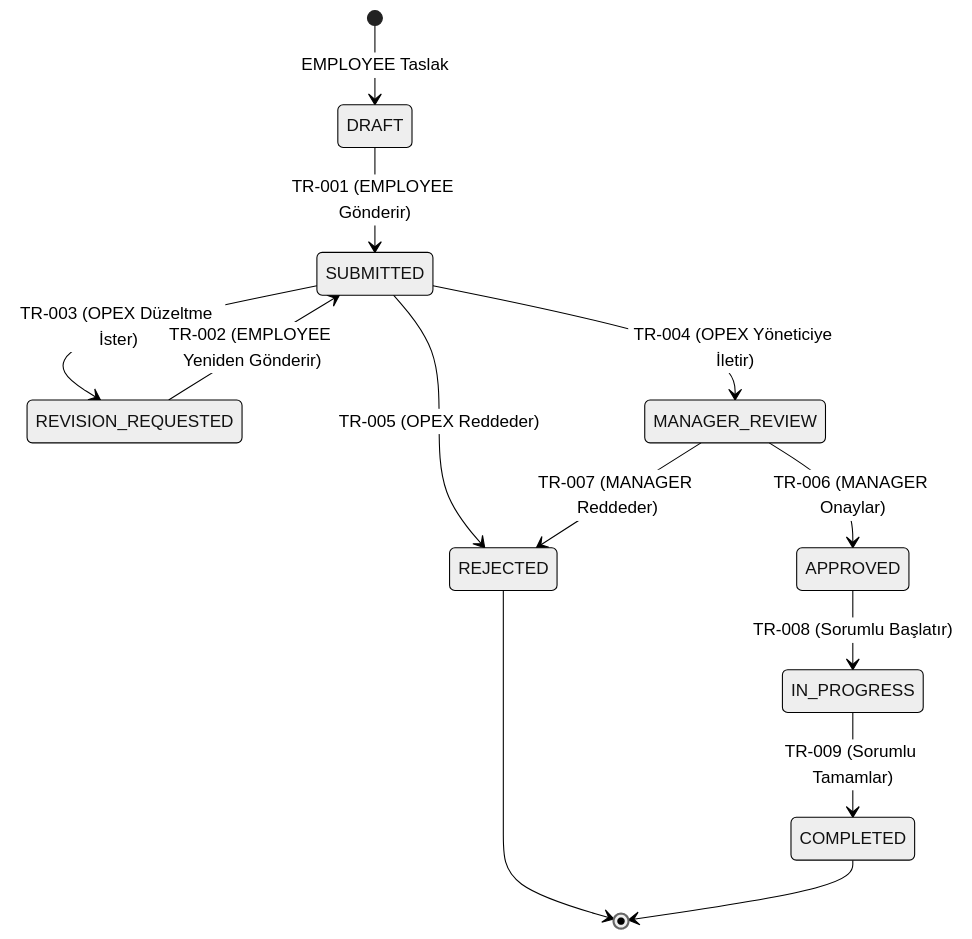
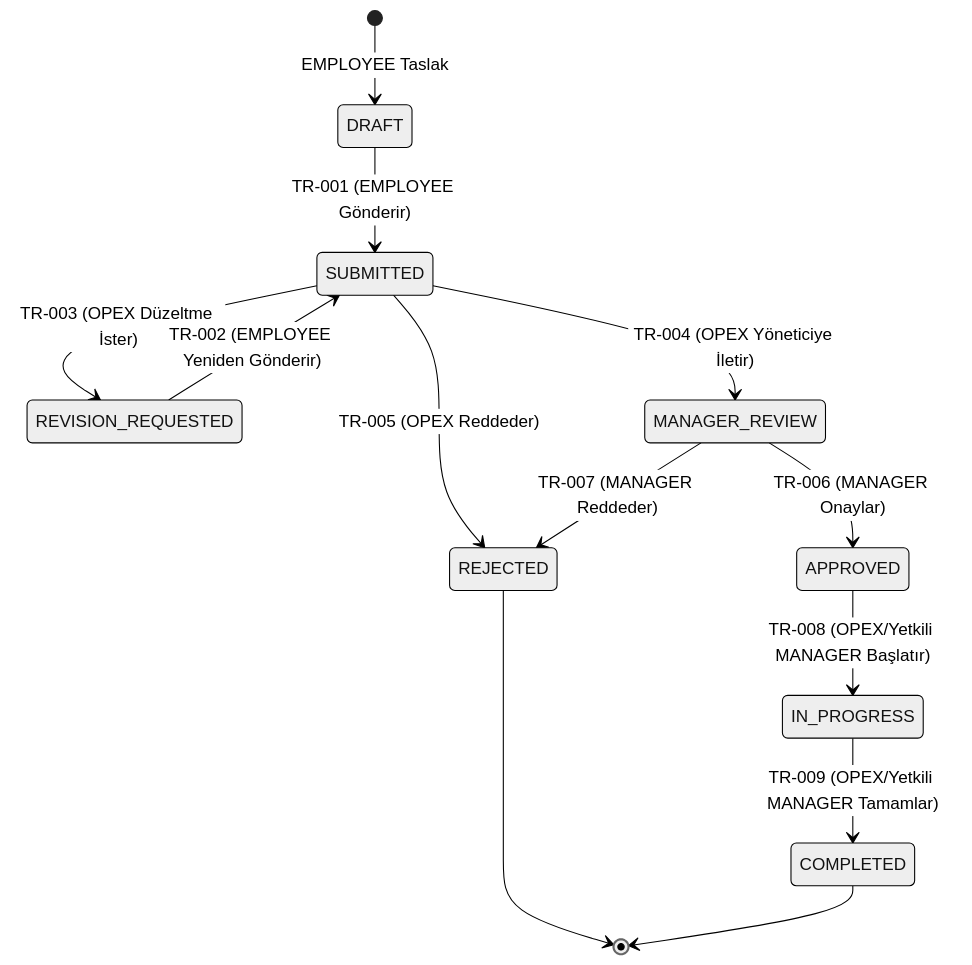
One commit to mustafaemre027/kaizenflow changed the diagram in docs/kaizen-workflow.md. Above: the diagram before and after it, drawn with Mermaid (neutral theme). The commit also changed other lines of this file and 2 other files, not shown here.

````diff
--- a/docs/kaizen-workflow.md
+++ b/docs/kaizen-workflow.md
@@ -46,15 +46,15 @@
 ```mermaid
 stateDiagram-v2
     [*] --> DRAFT : EMPLOYEE Taslak
     DRAFT --> SUBMITTED : TR-001 (EMPLOYEE Gönderir)
     SUBMITTED --> REVISION_REQUESTED : TR-003 (OPEX Düzeltme İster)
     REVISION_REQUESTED --> SUBMITTED : TR-002 (EMPLOYEE Yeniden Gönderir)
     SUBMITTED --> MANAGER_REVIEW : TR-004 (OPEX Yöneticiye İletir)
     SUBMITTED --> REJECTED : TR-005 (OPEX Reddeder)
     MANAGER_REVIEW --> APPROVED : TR-006 (MANAGER Onaylar)
     MANAGER_REVIEW --> REJECTED : TR-007 (MANAGER Reddeder)
-    APPROVED --> IN_PROGRESS : TR-008 (Sorumlu Başlatır)
-    IN_PROGRESS --> COMPLETED : TR-009 (Sorumlu Tamamlar)
+    APPROVED --> IN_PROGRESS : TR-008 (OPEX/Yetkili MANAGER Başlatır)
+    IN_PROGRESS --> COMPLETED : TR-009 (OPEX/Yetkili MANAGER Tamamlar)
     REJECTED --> [*]
     COMPLETED --> [*]
 ```
````
